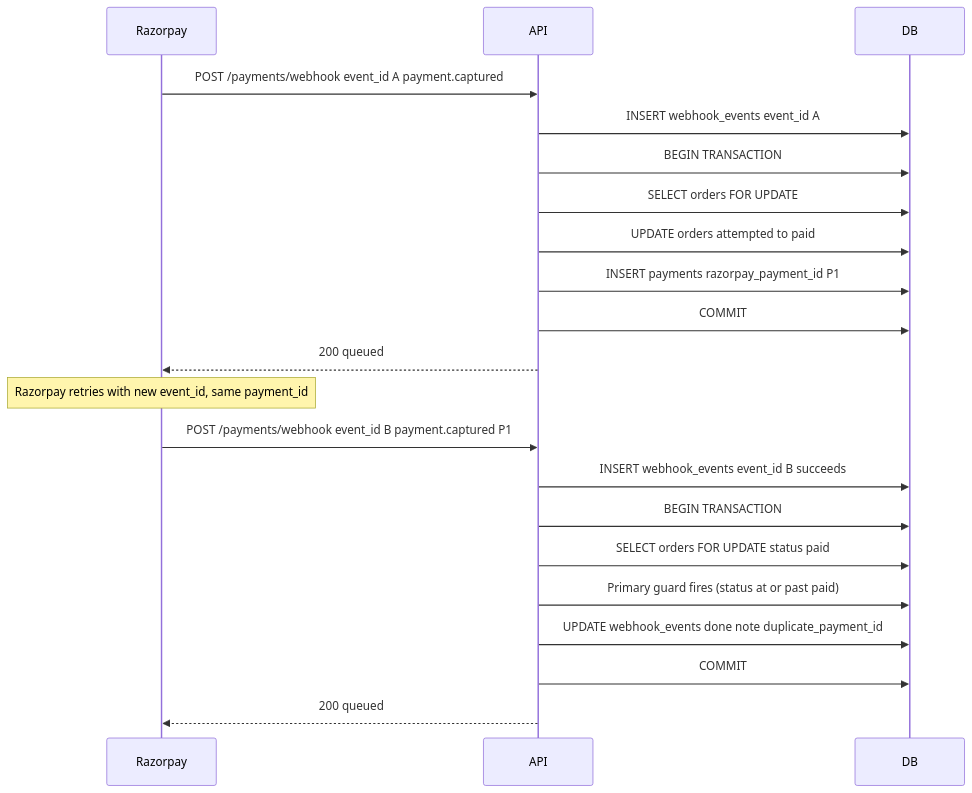
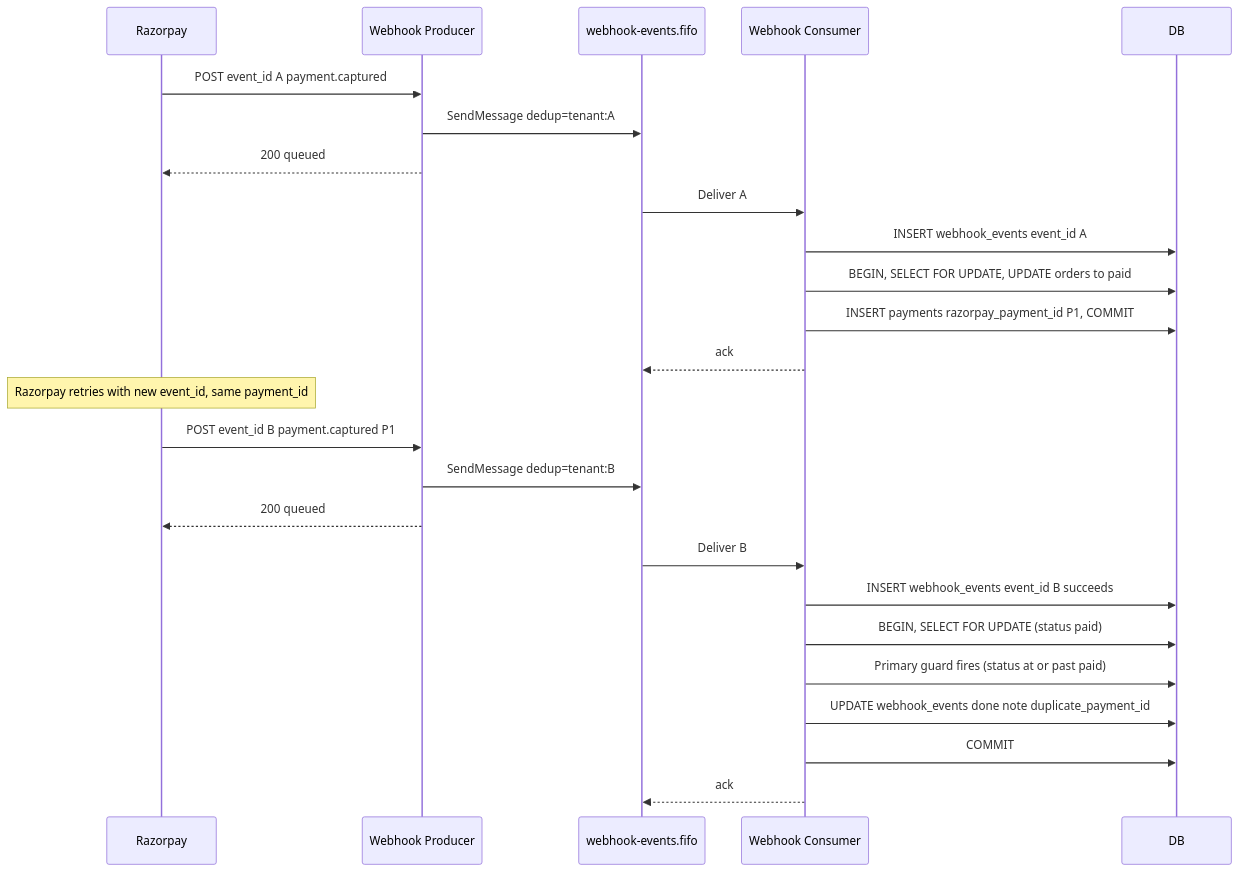
One commit to akhiljoe/razorpay-payment-integration changed the sixth of 10 diagrams in designs/DESIGN_v5.md. Above: the diagram before and after it, drawn with Mermaid. The commit also changed other lines of this file and 13 other files, not shown here.

Commit message:
core: RazorpayConfig, TenantConfigRegistry, signatures, asyncpg pool

````diff
--- a/designs/DESIGN_v5.md
+++ b/designs/DESIGN_v5.md
@@ -763,26 +789,30 @@
 ```mermaid
 sequenceDiagram
     participant RZP as Razorpay
-    participant API
+    participant WP as Webhook Producer
+    participant WQ as webhook-events.fifo
+    participant WC as Webhook Consumer
     participant DB
 
-    RZP->>API: POST /payments/webhook event_id A payment.captured
-    API->>DB: INSERT webhook_events event_id A
-    API->>DB: BEGIN TRANSACTION
-    API->>DB: SELECT orders FOR UPDATE
-    API->>DB: UPDATE orders attempted to paid
-    API->>DB: INSERT payments razorpay_payment_id P1
-    API->>DB: COMMIT
-    API-->>RZP: 200 queued
+    RZP->>WP: POST event_id A payment.captured
+    WP->>WQ: SendMessage dedup=tenant:A
+    WP-->>RZP: 200 queued
+    WQ->>WC: Deliver A
+    WC->>DB: INSERT webhook_events event_id A
+    WC->>DB: BEGIN, SELECT FOR UPDATE, UPDATE orders to paid
+    WC->>DB: INSERT payments razorpay_payment_id P1, COMMIT
+    WC-->>WQ: ack
 
     Note over RZP: Razorpay retries with new event_id, same payment_id
 
-    RZP->>API: POST /payments/webhook event_id B payment.captured P1
-    API->>DB: INSERT webhook_events event_id B succeeds
-    API->>DB: BEGIN TRANSACTION
-    API->>DB: SELECT orders FOR UPDATE status paid
-    API->>DB: Primary guard fires (status at or past paid)
-    API->>DB: UPDATE webhook_events done note duplicate_payment_id
-    API->>DB: COMMIT
-    API-->>RZP: 200 queued
+    RZP->>WP: POST event_id B payment.captured P1
+    WP->>WQ: SendMessage dedup=tenant:B
+    WP-->>RZP: 200 queued
+    WQ->>WC: Deliver B
+    WC->>DB: INSERT webhook_events event_id B succeeds
+    WC->>DB: BEGIN, SELECT FOR UPDATE (status paid)
+    WC->>DB: Primary guard fires (status at or past paid)
+    WC->>DB: UPDATE webhook_events done note duplicate_payment_id
+    WC->>DB: COMMIT
+    WC-->>WQ: ack
 ```
````
